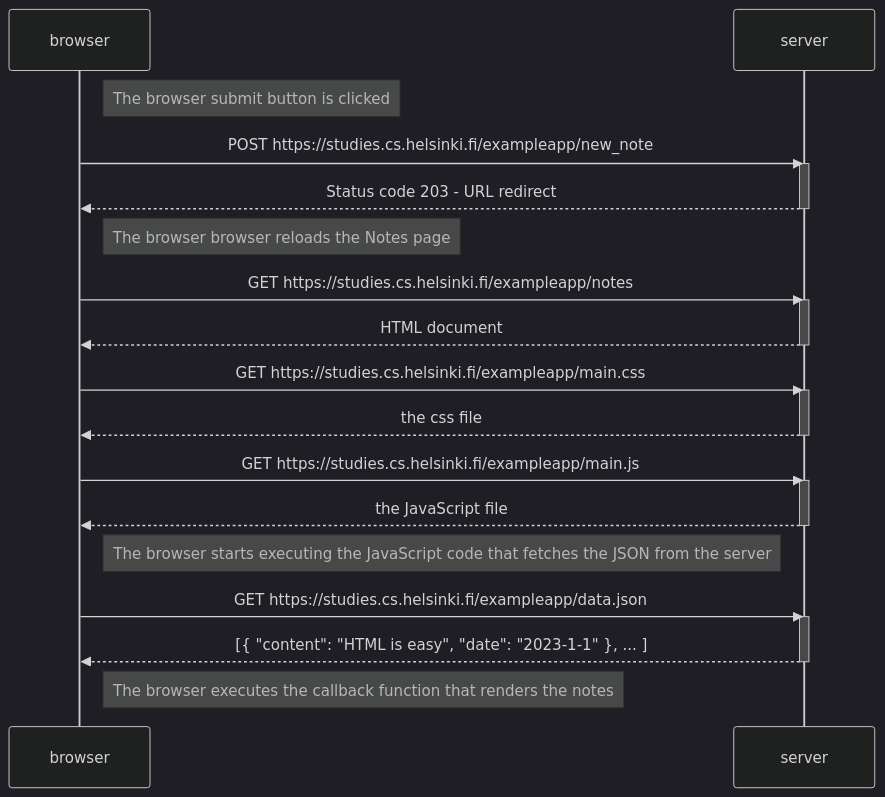
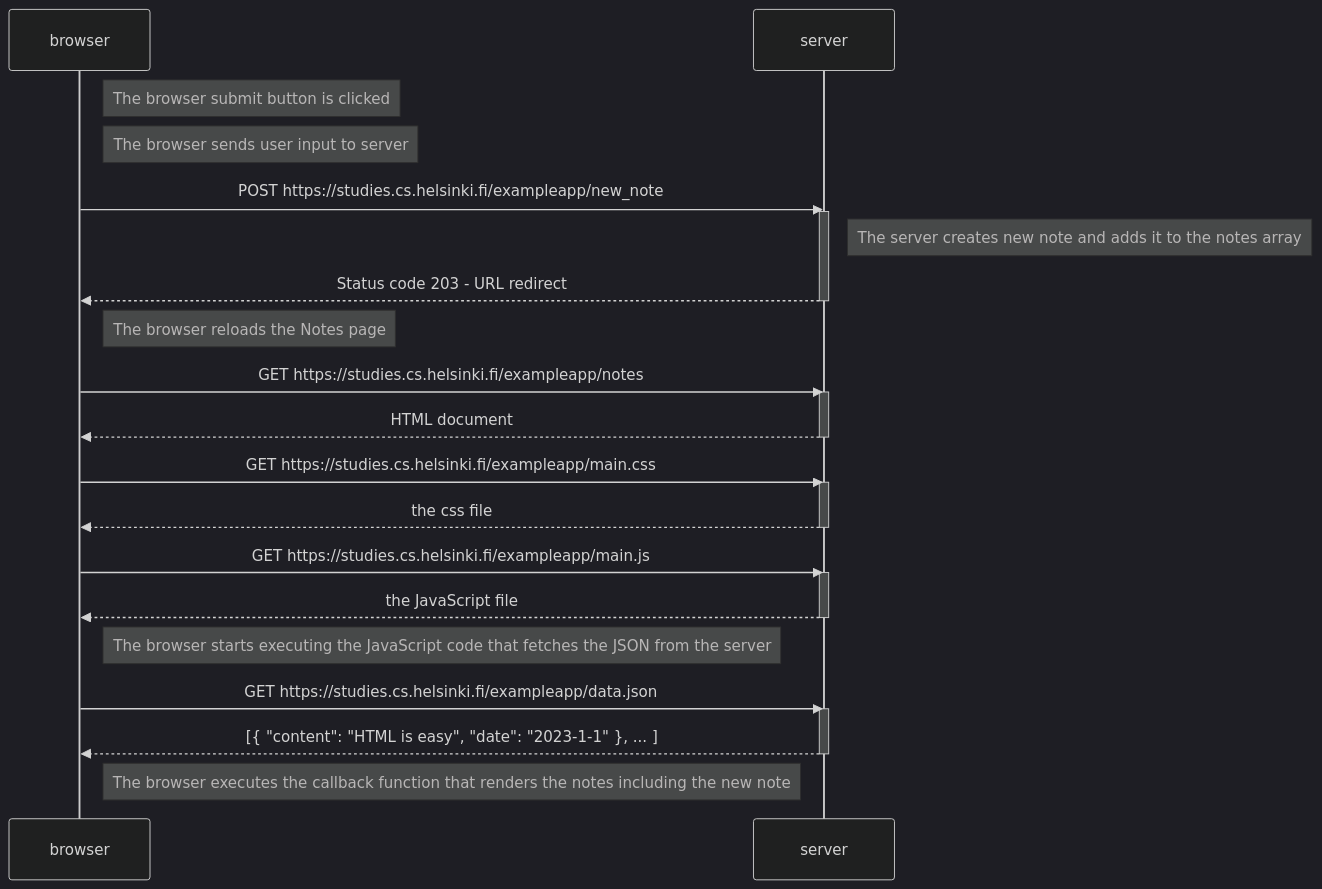
Before and after one commit to PillB/HelsinkiU_Fullstack: the diagram in part0/newNoteDiagram.md, drawn with Mermaid (dark theme).

Commit message:
Updated newNoteDiagram.md
Corrected typos in mermaid diagram comments.
Added additional comments.

````diff
--- a/part0/newNoteDiagram.md
+++ b/part0/newNoteDiagram.md
@@ -3,38 +3,43 @@
 ```mermaid
 sequenceDiagram
     participant browser
     participant server
 
     Note right of browser: The browser submit button is clicked
 
+    Note right of browser: The browser sends user input to server
+
     browser->>server: POST https://studies.cs.helsinki.fi/exampleapp/new_note
     activate server
+
+    Note right of server: The server creates new note and adds it to the notes array
+
     server-->>browser: Status code 203 - URL redirect
     deactivate server
 
-    Note right of browser: The browser browser reloads the Notes page
+    Note right of browser: The browser reloads the Notes page
 
     browser->>server: GET https://studies.cs.helsinki.fi/exampleapp/notes
     activate server
     server-->>browser: HTML document
     deactivate server
 
     browser->>server: GET https://studies.cs.helsinki.fi/exampleapp/main.css
     activate server
     server-->>browser: the css file
     deactivate server
 
     browser->>server: GET https://studies.cs.helsinki.fi/exampleapp/main.js
     activate server
     server-->>browser: the JavaScript file
     deactivate server
 
     Note right of browser: The browser starts executing the JavaScript code that fetches the JSON from the server
 
     browser->>server: GET https://studies.cs.helsinki.fi/exampleapp/data.json
     activate server
     server-->>browser: [{ "content": "HTML is easy", "date": "2023-1-1" }, ... ]
     deactivate server
 
-    Note right of browser: The browser executes the callback function that renders the notes
+    Note right of browser: The browser executes the callback function that renders the notes including the new note
 ```
````
